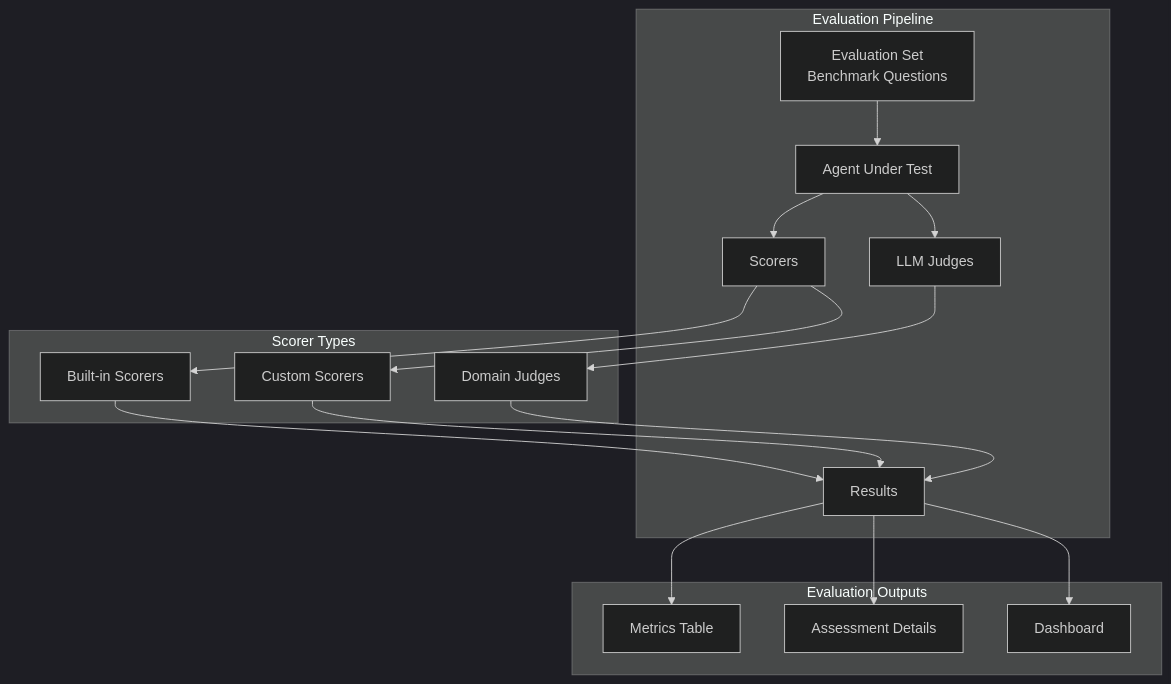
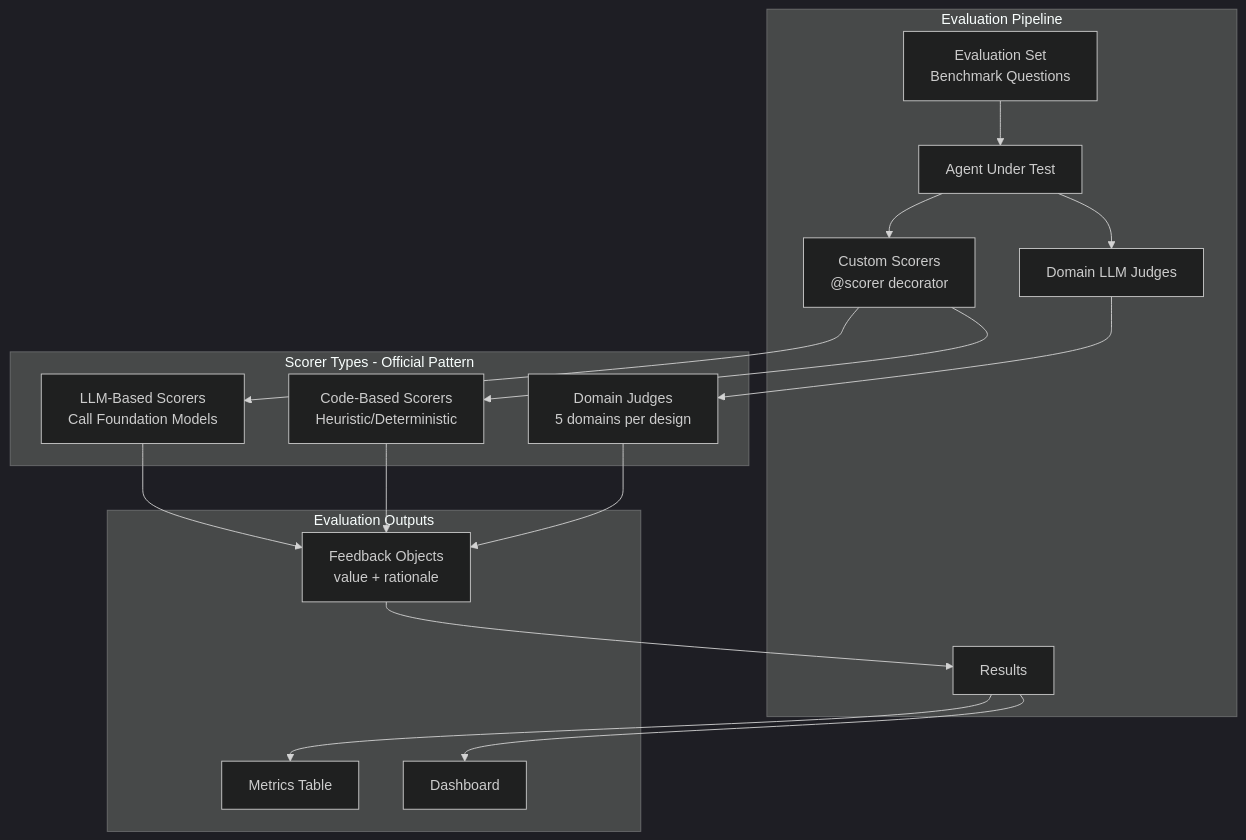
One commit to prashsub/databricks-health-monitor changed the diagram in docs/agent-framework-design/09-evaluation-and-judges.md. Above: the diagram before and after it, drawn with Mermaid (dark theme). The commit also changed other lines of this file and 11 other files, not shown here.

````diff
--- a/docs/agent-framework-design/09-evaluation-and-judges.md
+++ b/docs/agent-framework-design/09-evaluation-and-judges.md
@@ -17,29 +44,30 @@
 ```mermaid
 graph TB
     subgraph EvalPipeline [Evaluation Pipeline]
         ES[Evaluation Set<br/>Benchmark Questions]
         AG[Agent Under Test]
-        SC[Scorers]
-        JD[LLM Judges]
+        SC[Custom Scorers<br/>@scorer decorator]
+        JD[Domain LLM Judges]
         RS[Results]
     end
     
-    subgraph Scorers [Scorer Types]
-        BS[Built-in Scorers]
-        CS[Custom Scorers]
-        DJ[Domain Judges]
+    subgraph Scorers [Scorer Types - Official Pattern]
+        LLM[LLM-Based Scorers<br/>Call Foundation Models]
+        CODE[Code-Based Scorers<br/>Heuristic/Deterministic]
+        DOM[Domain Judges<br/>5 domains per design]
     end
     
     subgraph Outputs [Evaluation Outputs]
+        FB[Feedback Objects<br/>value + rationale]
         MT[Metrics Table]
-        AS[Assessment Details]
         DB[Dashboard]
     end
     
     ES --> AG
     AG --> SC & JD
-    SC --> BS & CS
-    JD --> DJ
-    BS & CS & DJ --> RS
-    RS --> MT & AS & DB
+    SC --> LLM & CODE
+    JD --> DOM
+    LLM & CODE & DOM --> FB
+    FB --> RS
+    RS --> MT & DB
 ```
````
